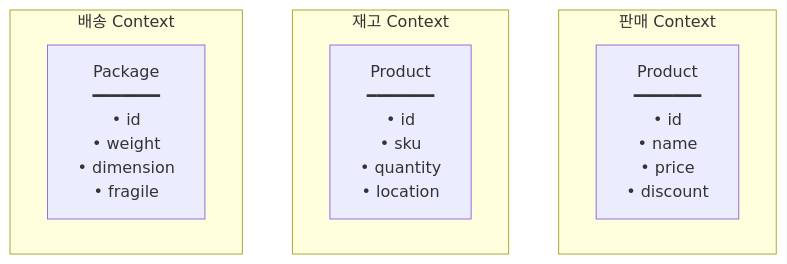
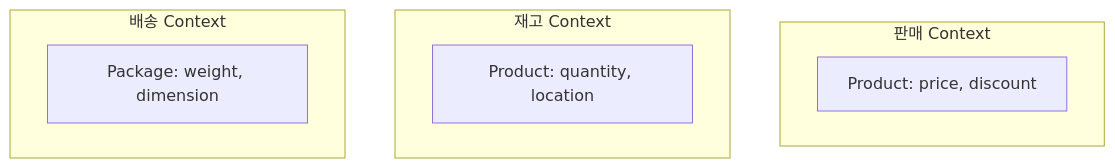
The first of 3 diagrams in content/ko/ddd/quick-start/_index.md (advanced-beginner/advanced-beginner.github.io), drawn with Mermaid before and after one commit. The commit also changed other lines of this file and 13 other files, not shown here.

````diff
--- a/content/ko/ddd/quick-start/_index.md
+++ b/content/ko/ddd/quick-start/_index.md
@@ -233,14 +181,14 @@
 ```mermaid
 flowchart TB
     subgraph Sales["판매 Context"]
-        SP["Product<br>━━━━━━━<br>• id<br>• name<br>• price<br>• discount"]
+        SP["Product: price, discount"]
     end
 
     subgraph Inventory["재고 Context"]
-        IP["Product<br>━━━━━━━<br>• id<br>• sku<br>• quantity<br>• location"]
+        IP["Product: quantity, location"]
     end
 
     subgraph Shipping["배송 Context"]
-        SHP["Package<br>━━━━━━━<br>• id<br>• weight<br>• dimension<br>• fragile"]
+        SHP["Package: weight, dimension"]
     end
 ```
````
